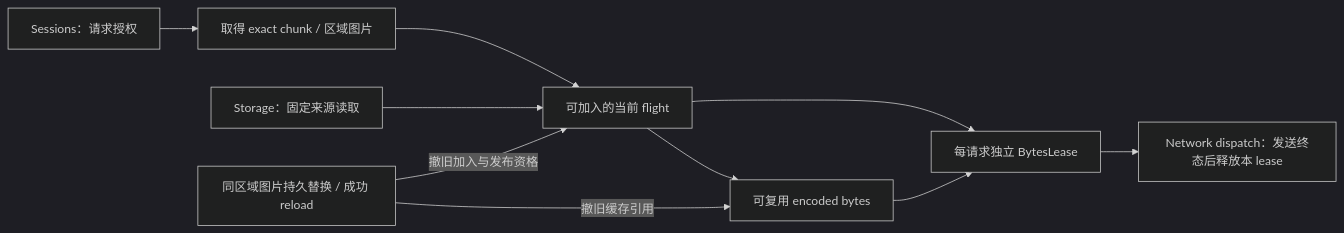
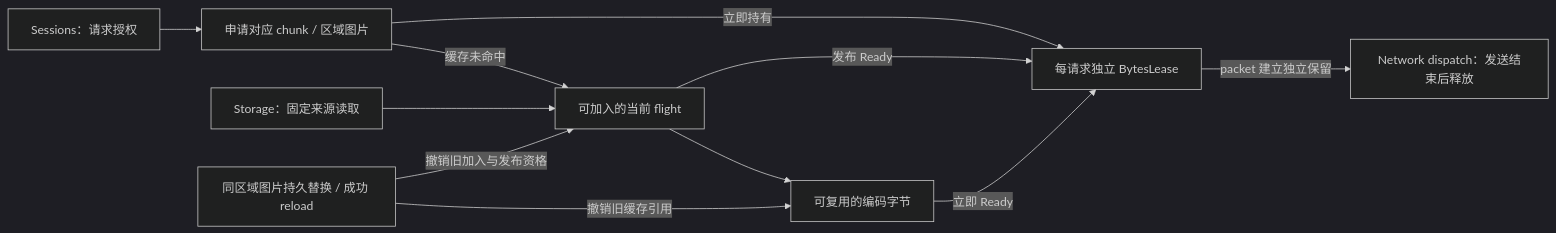
The diagram in docs/architecture/model-management/server-resources/overview.md (YesSteveModel/YesSteveModel), drawn with Mermaid (dark theme) before and after one commit. The commit also changed other lines of this file and 1109 other files, not shown here.

````diff
--- a/docs/architecture/model-management/server-resources/overview.md
+++ b/docs/architecture/model-management/server-resources/overview.md
@@ -22,12 +22,13 @@
 ```mermaid
 flowchart LR
-    Auth["Sessions：请求授权"] --> Acquire["取得 exact chunk / 区域图片"]
-    Acquire --> Flight["可加入的当前 flight"]
+    Auth["Sessions：请求授权"] --> Acquire["申请对应 chunk / 区域图片"]
+    Acquire -->|立即持有| Lease["每请求独立 BytesLease"]
+    Acquire -->|缓存未命中| Flight["可加入的当前 flight"]
     Storage["Storage：固定来源读取"] --> Flight
-    Flight --> Lease["每请求独立 BytesLease"]
-    Flight --> Ready["可复用 encoded bytes"]
-    Ready --> Lease
-    Lease --> Dispatch["Network dispatch：发送终态后释放本 lease"]
-    Replace["同区域图片持久替换 / 成功 reload"] -- "撤旧加入与发布资格" --> Flight
-    Replace -- "撤旧缓存引用" --> Ready
+    Flight -->|发布 Ready| Lease
+    Flight --> Ready["可复用的编码字节"]
+    Ready -->|立即 Ready| Lease
+    Lease -->|packet 建立独立保留| Dispatch["Network dispatch：发送结束后释放"]
+    Replace["同区域图片持久替换 / 成功 reload"] -- "撤销旧加入与发布资格" --> Flight
+    Replace -- "撤销旧缓存引用" --> Ready
 ```
````
